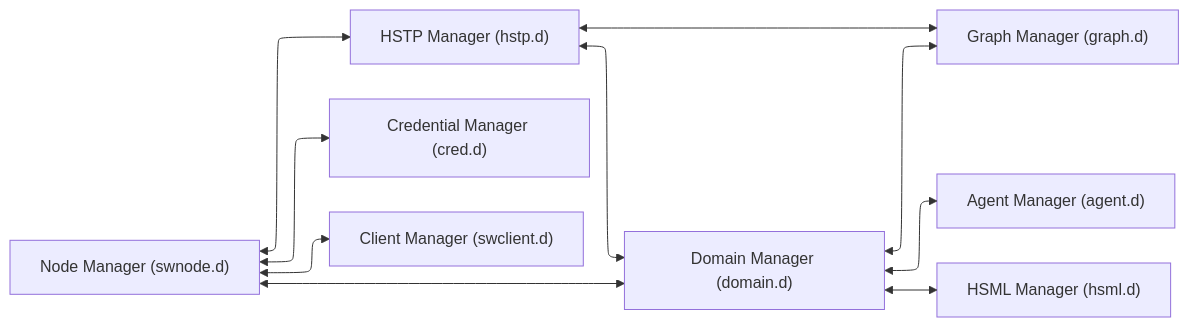
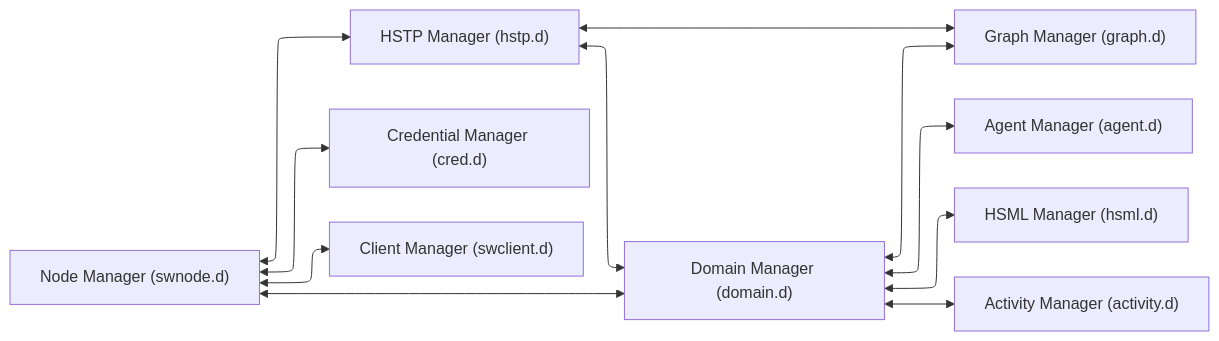
One commit to Spatial-Web-Foundation/UDG changed the first of 16 diagrams in README.md. Above: the diagram before and after it, drawn with Mermaid. The commit also changed other lines of this file and 1 other file, not shown here.

````diff
--- a/README.md
+++ b/README.md
@@ -123,18 +123,19 @@
 ```mermaid
 ---
 config:
     layout: elk
 ---
 graph LR
 nm["Node Manager (swnode.d)"]
 hstp["HSTP Manager (hstp.d)"]
 gm["Graph Manager (graph.d)"]
 dm["Domain Manager (domain.d)"]
 agent["Agent Manager (agent.d)"]
 hsml["HSML Manager (hsml.d)"]
 cred["Credential Manager (cred.d)"]
 client["Client Manager (swclient.d)"]
+activity["Activity Manager (activity.d)"]
 nm <--> hstp & dm & cred & client
 hstp <--> dm & gm
-dm <--> gm & agent & hsml
+dm <--> gm & agent & hsml & activity
 ```
````
